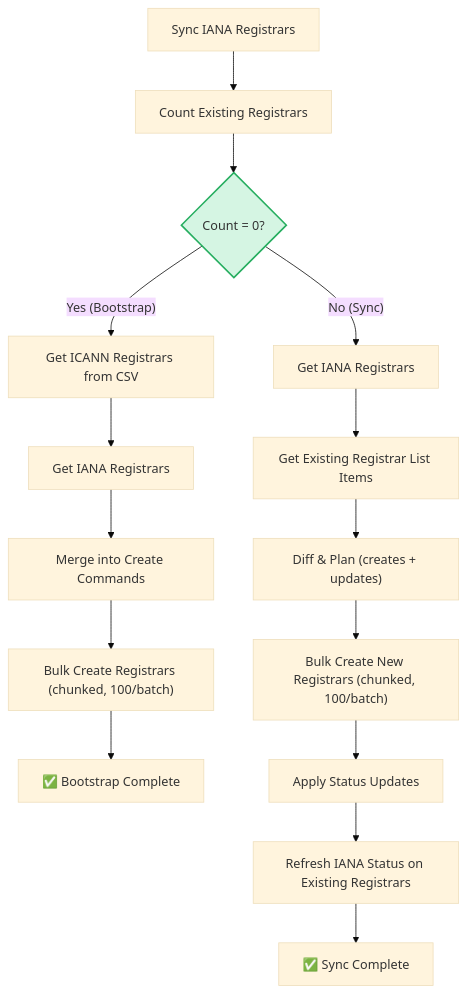
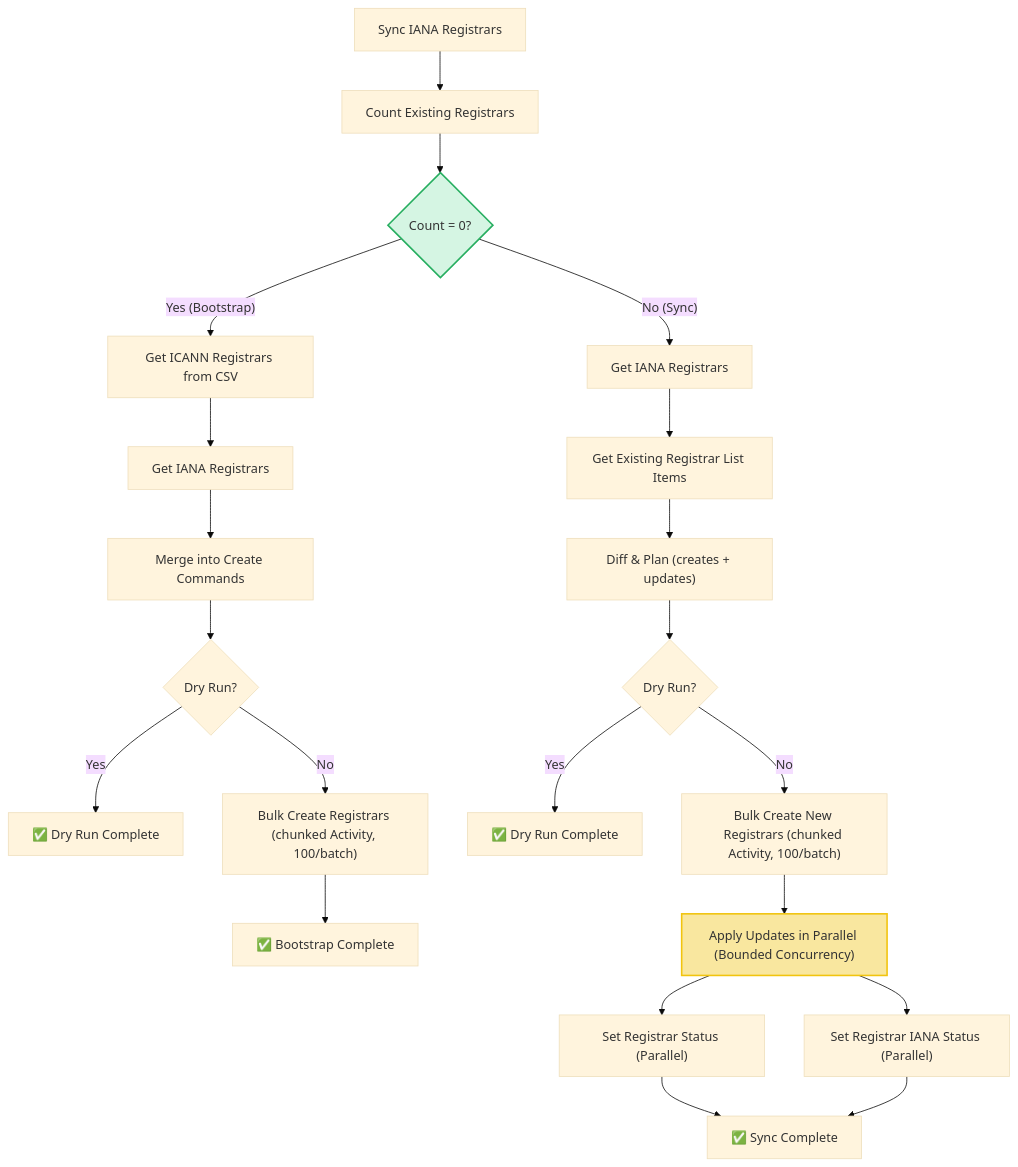
One commit to onasunnymorning/domain-os changed the diagram in internal/application/workflows/syncRegistrarsWorkflow.doc.md. Above: the diagram before and after it, drawn with Mermaid (base theme). The commit also changed other lines of this file and 5 other files, not shown here.

Commit message:
refactor: enhance SyncRegistrarsWorkflow with dry-run mode, configurable concurrency limits, and a structured result tracking mechanism.

````diff
--- a/internal/application/workflows/syncRegistrarsWorkflow.doc.md
+++ b/internal/application/workflows/syncRegistrarsWorkflow.doc.md
@@ -19,21 +19,28 @@
 ```mermaid
 graph TD
     A["Sync IANA Registrars"] --> B["Count Existing Registrars"]
     B --> C{"Count = 0?"}
 
     C -- "Yes (Bootstrap)" --> D["Get ICANN Registrars from CSV"]
     D --> E["Get IANA Registrars"]
     E --> F["Merge into Create Commands"]
-    F --> G["Bulk Create Registrars (chunked, 100/batch)"]
-    G --> DONE1["✅ Bootstrap Complete"]
+    F --> G{"Dry Run?"}
+    G -- Yes --> DONE1["✅ Dry Run Complete"]
+    G -- No --> H["Bulk Create Registrars (chunked Activity, 100/batch)"]
+    H --> DONE2["✅ Bootstrap Complete"]
 
-    C -- "No (Sync)" --> H["Get IANA Registrars"]
-    H --> I["Get Existing Registrar List Items"]
-    I --> J["Diff & Plan (creates + updates)"]
-    J --> K["Bulk Create New Registrars (chunked, 100/batch)"]
-    K --> L["Apply Status Updates"]
-    L --> M["Refresh IANA Status on Existing Registrars"]
-    M --> DONE2["✅ Sync Complete"]
+    C -- "No (Sync)" --> I["Get IANA Registrars"]
+    I --> J["Get Existing Registrar List Items"]
+    J --> K["Diff & Plan (creates + updates)"]
+    K --> L{"Dry Run?"}
+    L -- Yes --> DONE3["✅ Dry Run Complete"]
+    L -- No --> M["Bulk Create New Registrars (chunked Activity, 100/batch)"]
+    M --> N["Apply Updates in Parallel (Bounded Concurrency)"]
+    N --> O["Set Registrar Status (Parallel)"]
+    N --> P["Set Registrar IANA Status (Parallel)"]
+    O --> DONE4["✅ Sync Complete"]
+    P --> DONE4
 
     style C fill:#d5f5e3,stroke:#27ae60,stroke-width:2px
+    style N fill:#f9e79f,stroke:#f1c40f,stroke-width:2px
 ```
````
